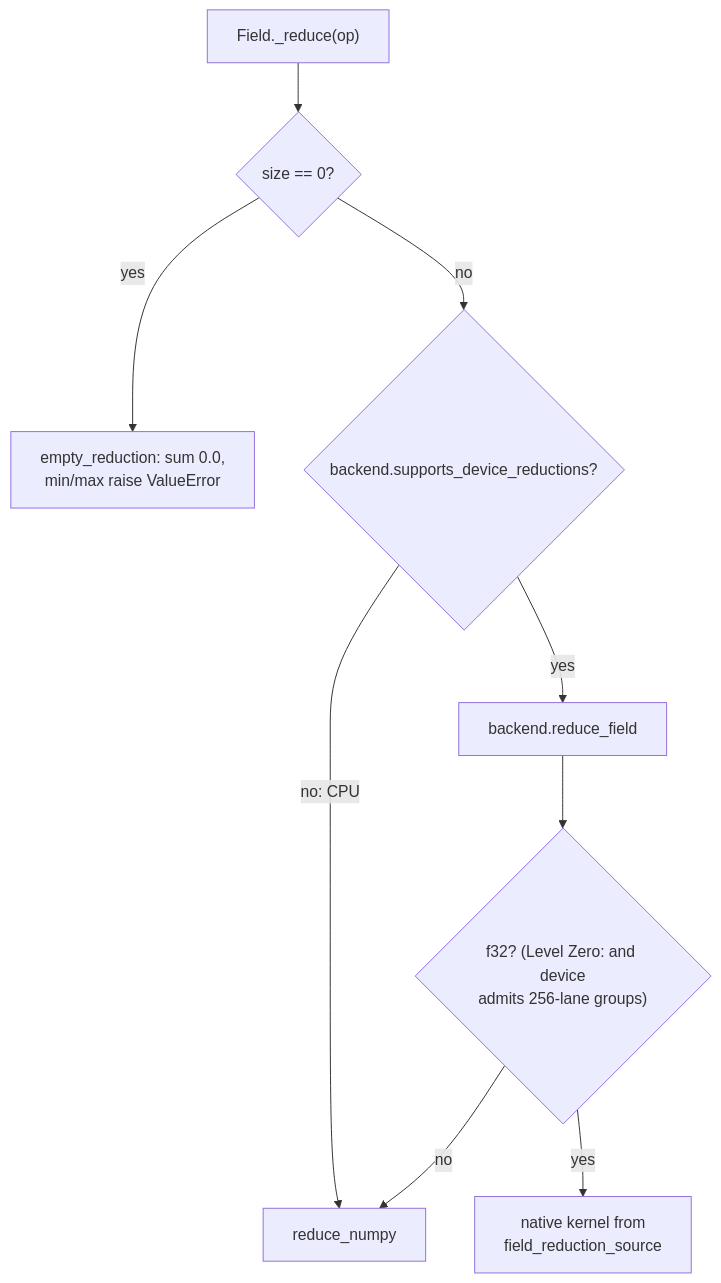
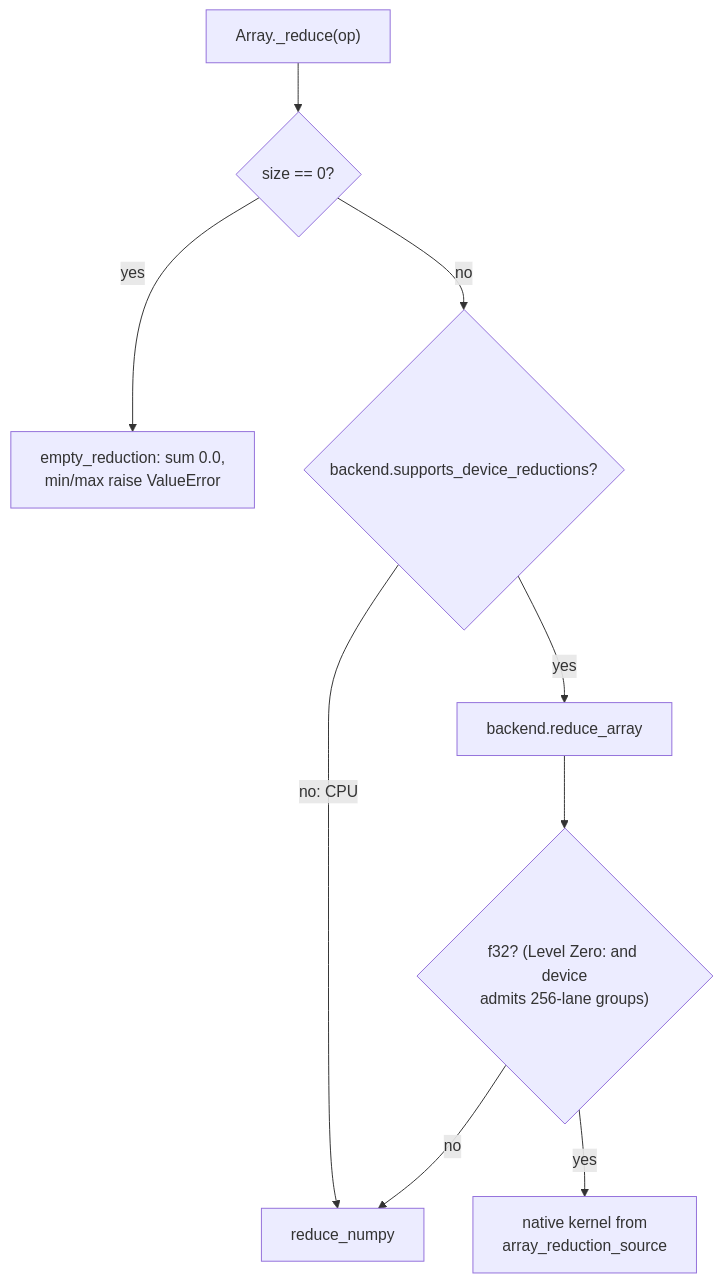
One commit to berkgeveci/tack changed the second of 2 diagrams in docs/design/numerical-semantics.md. Above: the diagram before and after it, drawn with Mermaid. The commit also changed other lines of this file and 206 other files, not shown here.

````diff
--- a/docs/design/numerical-semantics.md
+++ b/docs/design/numerical-semantics.md
@@ -522,11 +522,11 @@
 ```mermaid
 flowchart TD
-    A["Field._reduce(op)"] --> B{size == 0?}
+    A["Array._reduce(op)"] --> B{size == 0?}
     B -->|yes| C["empty_reduction: sum 0.0,<br/>min/max raise ValueError"]
     B -->|no| D{backend.supports_device_reductions?}
     D -->|no: CPU| E[reduce_numpy]
-    D -->|yes| F["backend.reduce_field"]
+    D -->|yes| F["backend.reduce_array"]
     F --> G{"f32? (Level Zero: and device<br/>admits 256-lane groups)"}
     G -->|no| E
-    G -->|yes| H["native kernel from<br/>field_reduction_source"]
+    G -->|yes| H["native kernel from<br/>array_reduction_source"]
 ```
````
